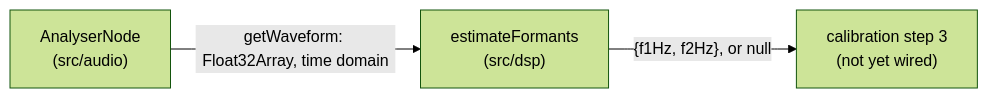
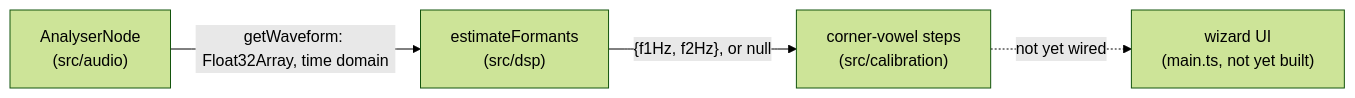
One commit to lvndrpup/voice-trainer changed the first of 2 diagrams in docs/formant-extraction.md. Above: the diagram before and after it, drawn with Mermaid (forest theme). The commit also changed other lines of this file and 3 other files, not shown here.

````diff
--- a/docs/formant-extraction.md
+++ b/docs/formant-extraction.md
@@ -11,5 +15,6 @@
 ```mermaid
 graph LR
     AN["AnalyserNode<br/>(src/audio)"] -->|getWaveform: Float32Array, time domain| DSP["estimateFormants<br/>(src/dsp)"]
-    DSP -->|"{f1Hz, f2Hz}, or null"| CAL["calibration step 3<br/>(not yet wired)"]
+    DSP -->|"{f1Hz, f2Hz}, or null"| CAL["corner-vowel steps<br/>(src/calibration)"]
+    CAL -.->|not yet wired| UI["wizard UI<br/>(main.ts, not yet built)"]
 ```
````
